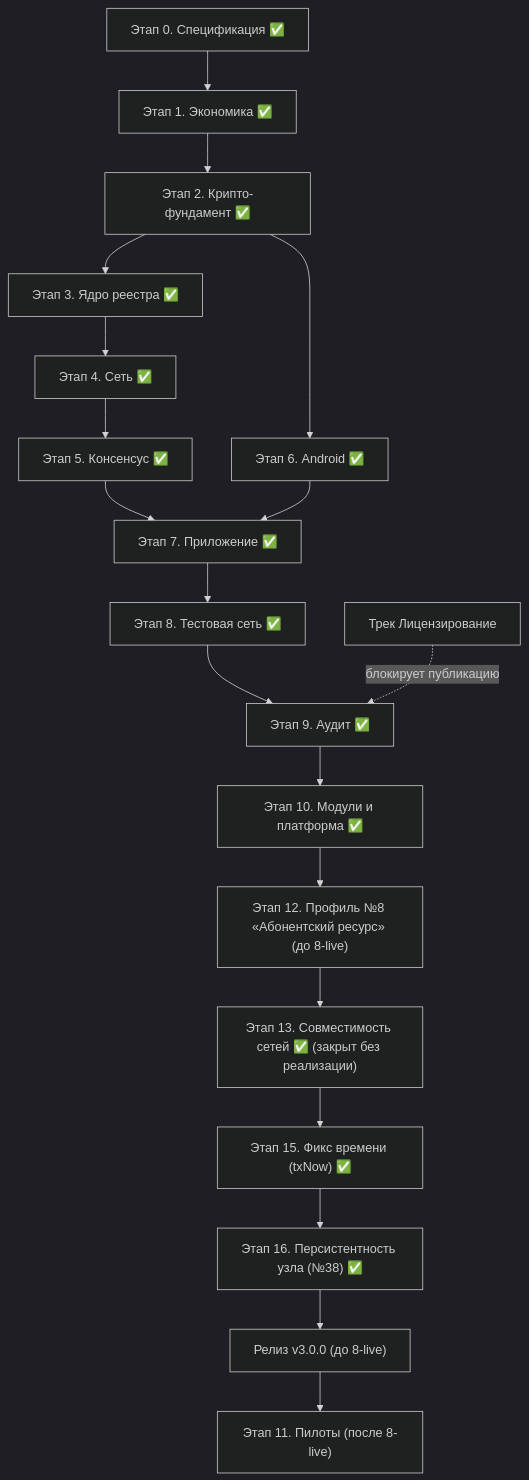
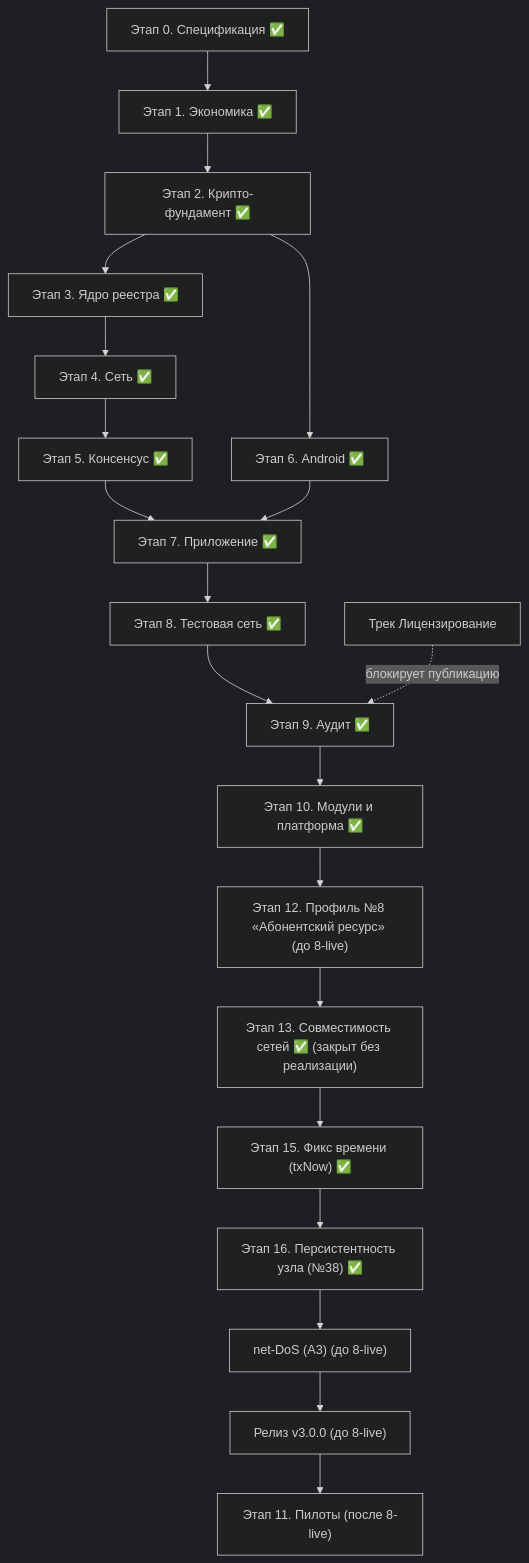
Before and after one commit to rumatakira74/equality-trust-networks: the diagram in docs/development-plan.md, drawn with Mermaid (dark theme). The commit also changed other lines of this file and 1 other file, not shown here.

Commit message:
тема net-DoS (A3): промпт + секция плана (ветка net-dos-a3, запуск по команде владельца)

````diff
--- a/docs/development-plan.md
+++ b/docs/development-plan.md
@@ -328,21 +343,22 @@
 ```mermaid
 flowchart TD
     S0["Этап 0. Спецификация ✅"] --> S1["Этап 1. Экономика ✅"]
     S1 --> S2["Этап 2. Крипто-фундамент ✅"]
     S2 --> S3["Этап 3. Ядро реестра ✅"]
     S3 --> S4["Этап 4. Сеть ✅"]
     S4 --> S5["Этап 5. Консенсус ✅"]
     S2 --> S6["Этап 6. Android ✅"]
     S5 --> S7["Этап 7. Приложение ✅"]
     S6 --> S7
     S7 --> S8["Этап 8. Тестовая сеть ✅"]
     S8 --> S9["Этап 9. Аудит ✅"]
     S9 --> S10["Этап 10. Модули и платформа ✅"]
     S10 --> S12["Этап 12. Профиль №8 «Абонентский ресурс» (до 8-live)"]
     S12 --> S13["Этап 13. Совместимость сетей ✅ (закрыт без реализации)"]
     S13 --> S15["Этап 15. Фикс времени (txNow) ✅"]
     S15 --> S16["Этап 16. Персистентность узла (№38) ✅"]
-    S16 --> S17["Релиз v3.0.0 (до 8-live)"]
+    S16 --> SND["net-DoS (A3) (до 8-live)"]
+    SND --> S17["Релиз v3.0.0 (до 8-live)"]
     S17 --> S11["Этап 11. Пилоты (после 8-live)"]
     L["Трек Лицензирование"] -. "блокирует публикацию" .-> S9
 ```
````
